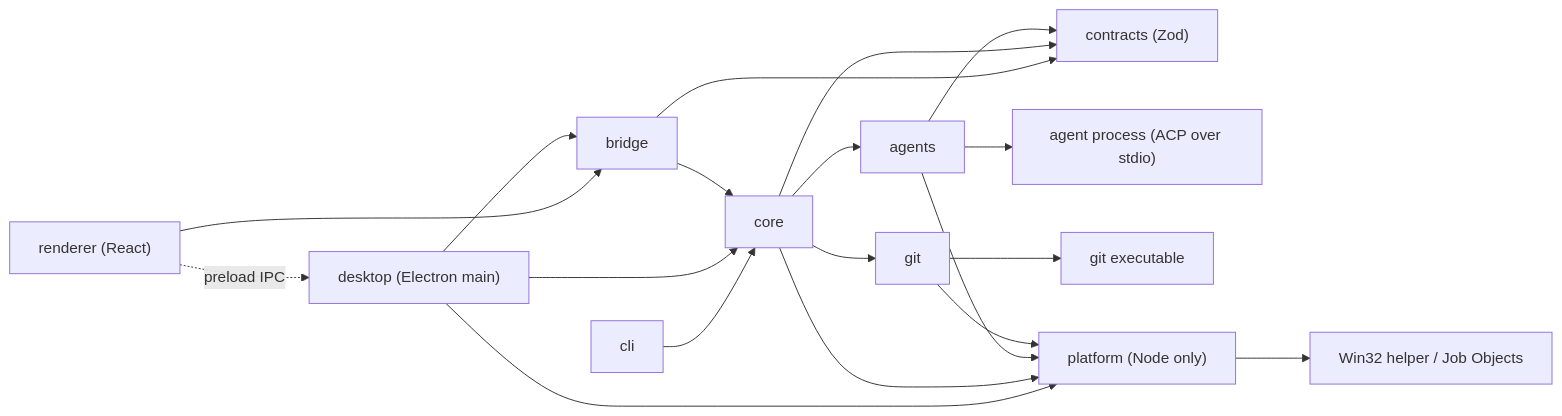
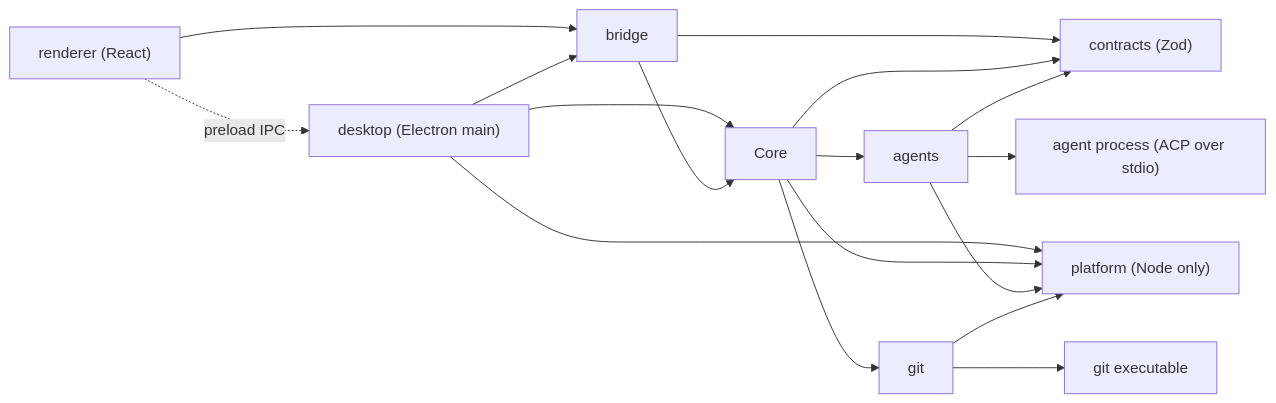
One commit to CodeManufactoryLLC/Code60 changed the diagram in ARCHITECTURE.md. Above: the diagram before and after it, drawn with Mermaid. The commit also changed other lines of this file and 168 other files, not shown here.

````diff
--- a/ARCHITECTURE.md
+++ b/ARCHITECTURE.md
@@ -686,21 +684,19 @@
 ```mermaid
 flowchart LR
-  CLI["cli"] --> Core["core"]
   Renderer["renderer (React)"] -. preload IPC .-> Desktop["desktop (Electron main)"]
   Renderer --> Bridge["bridge"]
   Desktop --> Bridge
   Desktop --> Core
   Bridge --> Core
   Bridge --> Contracts["contracts (Zod)"]
   Core --> Contracts
   Agents --> Contracts
   Core --> Agents["agents"]
   Core --> Git["git"]
   Agents --> ACP["agent process (ACP over stdio)"]
   Git --> GitBin["git executable"]
   Desktop --> Platform["platform (Node only)"]
   Core --> Platform
   Agents --> Platform
   Git --> Platform
-  Platform --> Win32["Win32 helper / Job Objects"]
 ```
````
